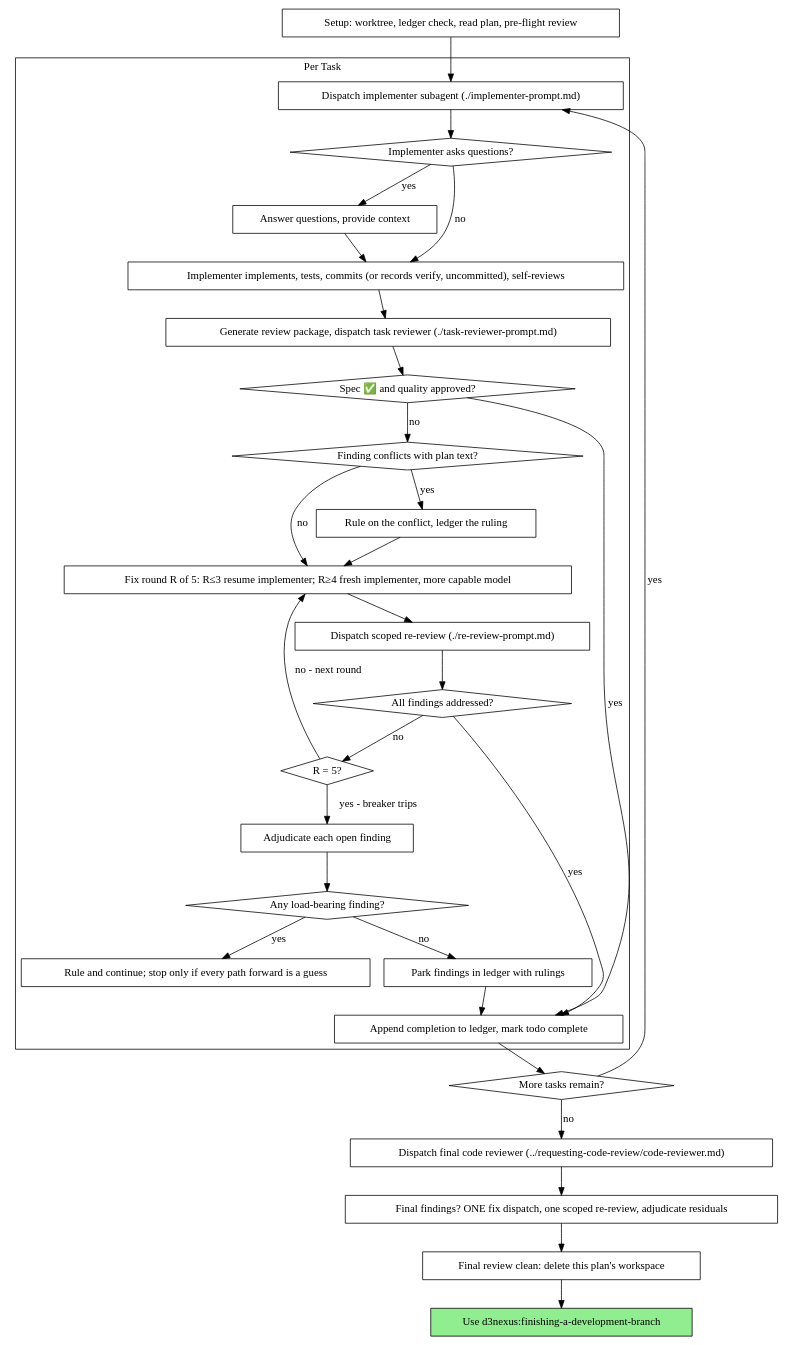
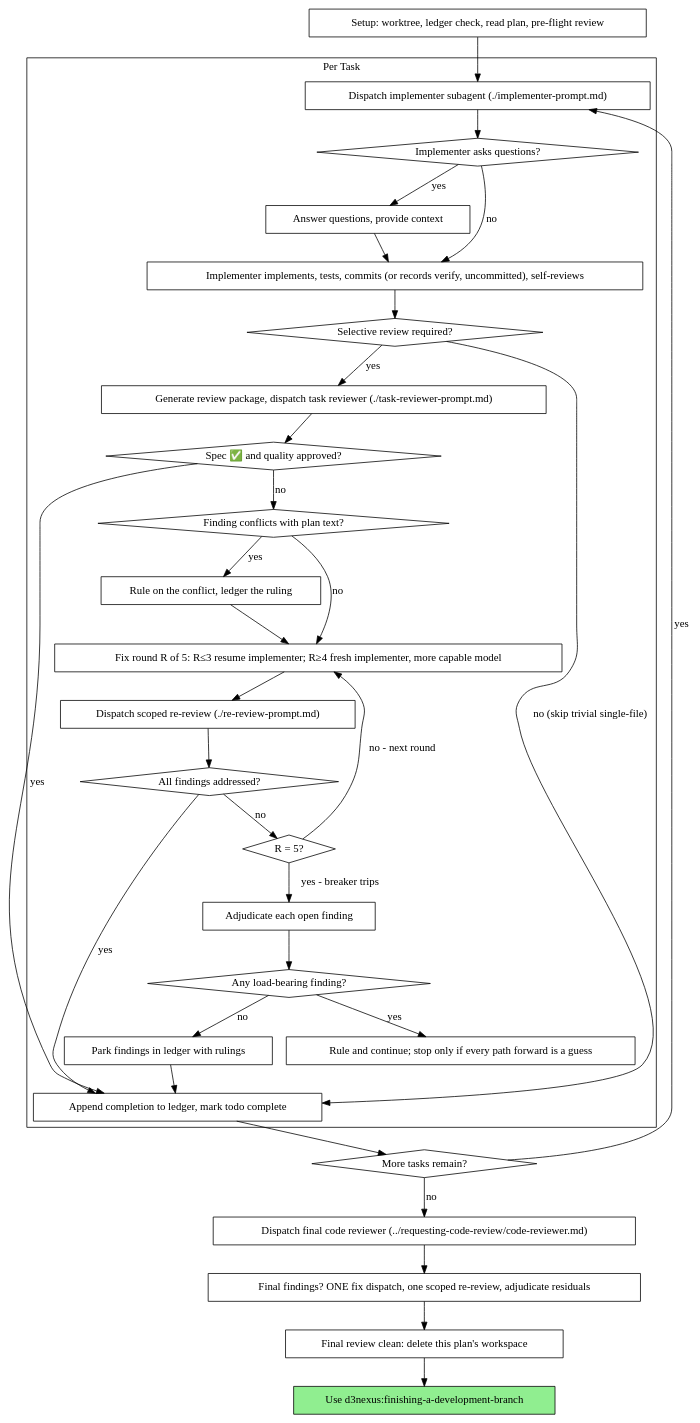
One commit to DanhDue/ai-agent-tools changed the second of 2 diagrams in skills/subagent-driven-development/SKILL.md. Above: the diagram before and after it, drawn with Graphviz. The commit also changed other lines of this file and 27 other files, not shown here.

First line of the commit message:
[TOKEN_THROTTLING_OPTIMIZATION] Slim rules and skills, deduplicate references, and gate selective task reviewer

````diff
--- a/skills/subagent-driven-development/SKILL.md
+++ b/skills/subagent-driven-development/SKILL.md
@@ -61,62 +61,65 @@
 ```dot
 digraph process {
     rankdir=TB;
 
     subgraph cluster_per_task {
         label="Per Task";
         "Dispatch implementer subagent (./implementer-prompt.md)" [shape=box];
         "Implementer asks questions?" [shape=diamond];
         "Answer questions, provide context" [shape=box];
         "Implementer implements, tests, commits (or records verify, uncommitted), self-reviews" [shape=box];
+        "Selective review required?" [shape=diamond];
         "Generate review package, dispatch task reviewer (./task-reviewer-prompt.md)" [shape=box];
         "Spec ✅ and quality approved?" [shape=diamond];
         "Finding conflicts with plan text?" [shape=diamond];
         "Rule on the conflict, ledger the ruling" [shape=box];
         "Fix round R of 5: R≤3 resume implementer; R≥4 fresh implementer, more capable model" [shape=box];
         "Dispatch scoped re-review (./re-review-prompt.md)" [shape=box];
         "All findings addressed?" [shape=diamond];
         "R = 5?" [shape=diamond];
         "Adjudicate each open finding" [shape=box];
         "Any load-bearing finding?" [shape=diamond];
         "Rule and continue; stop only if every path forward is a guess" [shape=box];
         "Park findings in ledger with rulings" [shape=box];
         "Append completion to ledger, mark todo complete" [shape=box];
     }
 
     "Setup: worktree, ledger check, read plan, pre-flight review" [shape=box];
     "More tasks remain?" [shape=diamond];
     "Dispatch final code reviewer (../requesting-code-review/code-reviewer.md)" [shape=box];
     "Final findings? ONE fix dispatch, one scoped re-review, adjudicate residuals" [shape=box];
     "Final review clean: delete this plan's workspace" [shape=box];
     "Use d3nexus:finishing-a-development-branch" [shape=box style=filled fillcolor=lightgreen];
 
     "Setup: worktree, ledger check, read plan, pre-flight review" -> "Dispatch implementer subagent (./implementer-prompt.md)";
     "Dispatch implementer subagent (./implementer-prompt.md)" -> "Implementer asks questions?";
     "Implementer asks questions?" -> "Answer questions, provide context" [label="yes"];
     "Answer questions, provide context" -> "Implementer implements, tests, commits (or records verify, uncommitted), self-reviews";
     "Implementer asks questions?" -> "Implementer implements, tests, commits (or records verify, uncommitted), self-reviews" [label="no"];
-    "Implementer implements, tests, commits (or records verify, uncommitted), self-reviews" -> "Generate review package, dispatch task reviewer (./task-reviewer-prompt.md)";
+    "Implementer implements, tests, commits (or records verify, uncommitted), self-reviews" -> "Selective review required?";
+    "Selective review required?" -> "Generate review package, dispatch task reviewer (./task-reviewer-prompt.md)" [label="yes"];
+    "Selective review required?" -> "Append completion to ledger, mark todo complete" [label="no (skip trivial single-file)"];
     "Generate review package, dispatch task reviewer (./task-reviewer-prompt.md)" -> "Spec ✅ and quality approved?";
     "Spec ✅ and quality approved?" -> "Append completion to ledger, mark todo complete" [label="yes"];
     "Spec ✅ and quality approved?" -> "Finding conflicts with plan text?" [label="no"];
     "Finding conflicts with plan text?" -> "Rule on the conflict, ledger the ruling" [label="yes"];
     "Rule on the conflict, ledger the ruling" -> "Fix round R of 5: R≤3 resume implementer; R≥4 fresh implementer, more capable model";
     "Finding conflicts with plan text?" -> "Fix round R of 5: R≤3 resume implementer; R≥4 fresh implementer, more capable model" [label="no"];
     "Fix round R of 5: R≤3 resume implementer; R≥4 fresh implementer, more capable model" -> "Dispatch scoped re-review (./re-review-prompt.md)";
     "Dispatch scoped re-review (./re-review-prompt.md)" -> "All findings addressed?";
     "All findings addressed?" -> "Append completion to ledger, mark todo complete" [label="yes"];
     "All findings addressed?" -> "R = 5?" [label="no"];
     "R = 5?" -> "Fix round R of 5: R≤3 resume implementer; R≥4 fresh implementer, more capable model" [label="no - next round"];
     "R = 5?" -> "Adjudicate each open finding" [label="yes - breaker trips"];
     "Adjudicate each open finding" -> "Any load-bearing finding?";
     "Any load-bearing finding?" -> "Rule and continue; stop only if every path forward is a guess" [label="yes"];
     "Any load-bearing finding?" -> "Park findings in ledger with rulings" [label="no"];
     "Park findings in ledger with rulings" -> "Append completion to ledger, mark todo complete";
     "Append completion to ledger, mark todo complete" -> "More tasks remain?";
     "More tasks remain?" -> "Dispatch implementer subagent (./implementer-prompt.md)" [label="yes"];
     "More tasks remain?" -> "Dispatch final code reviewer (../requesting-code-review/code-reviewer.md)" [label="no"];
     "Dispatch final code reviewer (../requesting-code-review/code-reviewer.md)" -> "Final findings? ONE fix dispatch, one scoped re-review, adjudicate residuals";
     "Final findings? ONE fix dispatch, one scoped re-review, adjudicate residuals" -> "Final review clean: delete this plan's workspace";
     "Final review clean: delete this plan's workspace" -> "Use d3nexus:finishing-a-development-branch";
 }
 ```
````
